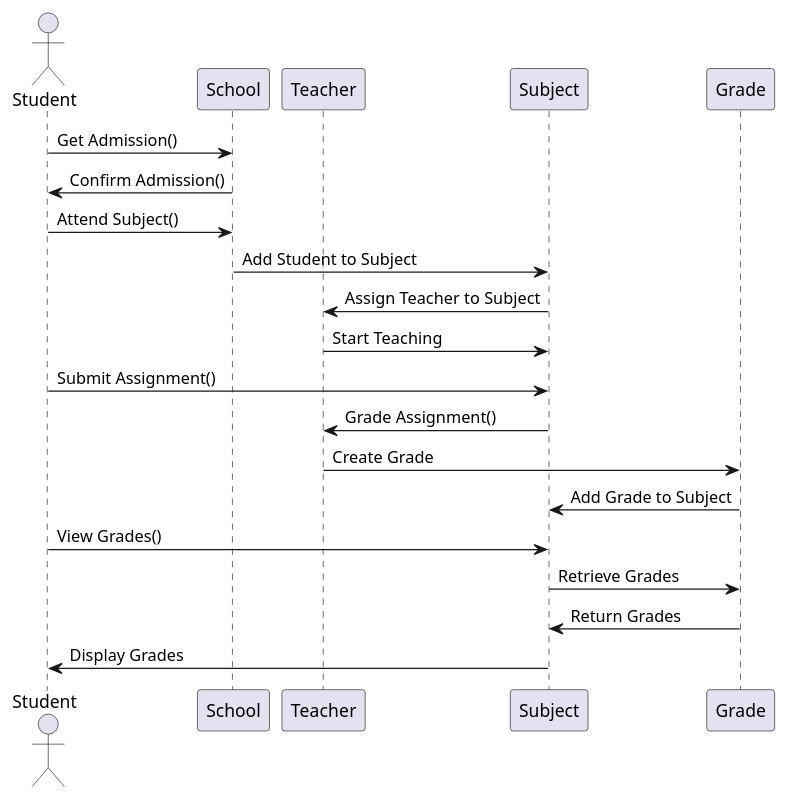
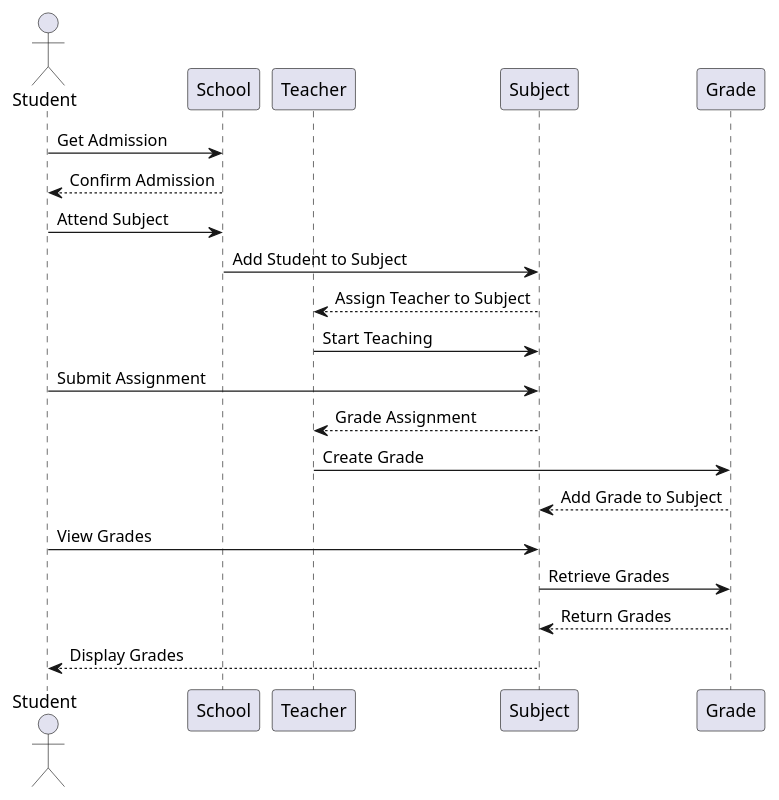
The diagram in SequenceDiagram.puml (Sahil1529/School-UML-Diagrams), drawn with PlantUML before and after one commit. The commit also changed 4 other files, not shown here.

Commit message:
Change subject in teacher class

```diff
--- a/SequenceDiagram.puml
+++ b/SequenceDiagram.puml
@@ -1,27 +1,28 @@
 @startuml Sequense Diagram
 
 actor Student
 participant School
 participant Teacher
 participant Subject
 participant Grade
 
-Student -> School: Get Admission()
-School -> Student: Confirm Admission()
+Student -> School: Get Admission
+School --> Student: Confirm Admission
 
-Student -> School: Attend Subject()
+Student -> School: Attend Subject
 School -> Subject: Add Student to Subject
-Subject -> Teacher: Assign Teacher to Subject
+Subject --> Teacher: Assign Teacher to Subject
 Teacher -> Subject: Start Teaching
 
-Student -> Subject: Submit Assignment()
-Subject -> Teacher: Grade Assignment()
+Student -> Subject: Submit Assignment
+Subject --> Teacher: Grade Assignment
 Teacher -> Grade: Create Grade
-Grade -> Subject: Add Grade to Subject
+Grade --> Subject: Add Grade to Subject
 
-Student -> Subject: View Grades()
+Student -> Subject: View Grades
 Subject -> Grade: Retrieve Grades
-Grade -> Subject: Return Grades
-Subject -> Student: Display Grades
+Grade --> Subject: Return Grades
+Subject --> Student: Display Grades
+
 
 @enduml
```
